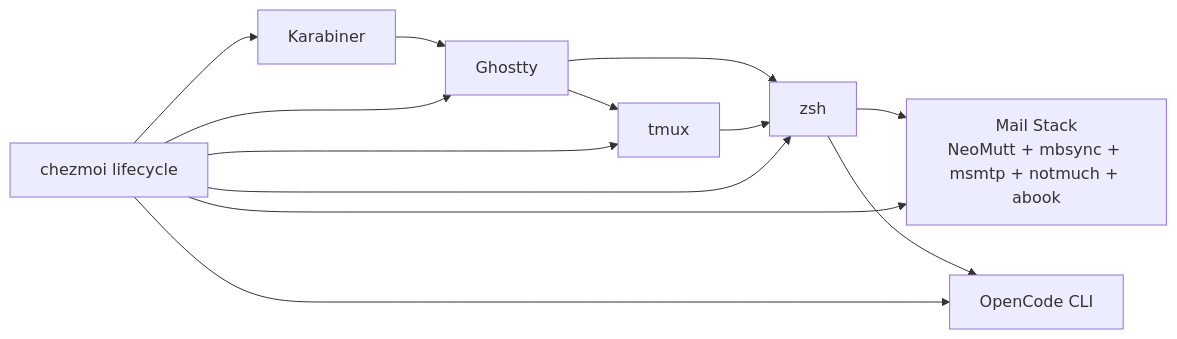
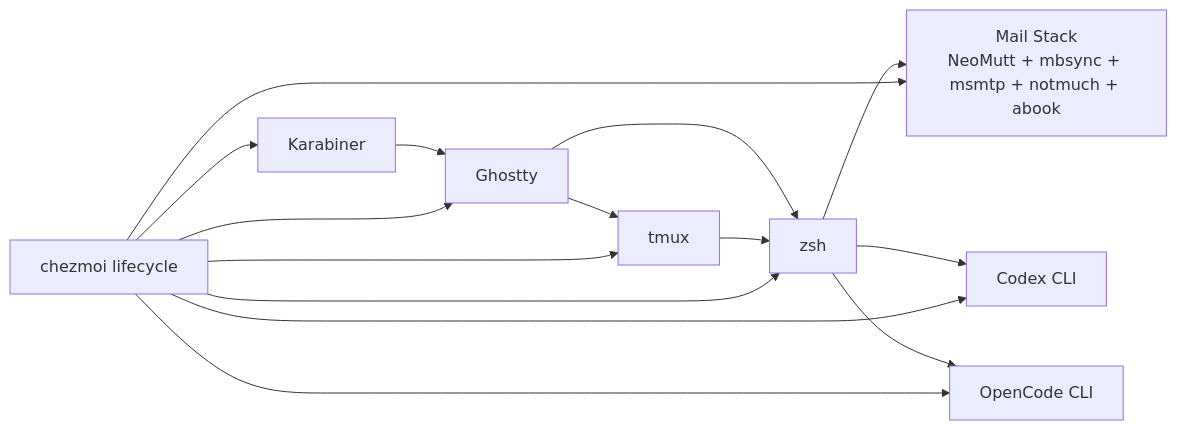
The diagram in docs/architecture/overview.md (Rantaplanb/dotfiles), drawn with Mermaid before and after one commit. The commit also changed other lines of this file and 17 other files, not shown here.

````diff
--- a/docs/architecture/overview.md
+++ b/docs/architecture/overview.md
@@ -7,15 +7,17 @@
 ```mermaid
 flowchart LR
   K[Karabiner] --> G[Ghostty]
   G --> T[tmux]
   G --> Z[zsh]
   T --> Z
   Z --> M[Mail Stack\nNeoMutt + mbsync + msmtp + notmuch + abook]
+  Z --> X[Codex CLI]
   Z --> O[OpenCode CLI]
   C[chezmoi lifecycle] --> Z
   C --> M
+  C --> X
   C --> O
   C --> K
   C --> G
   C --> T
 ```
````
